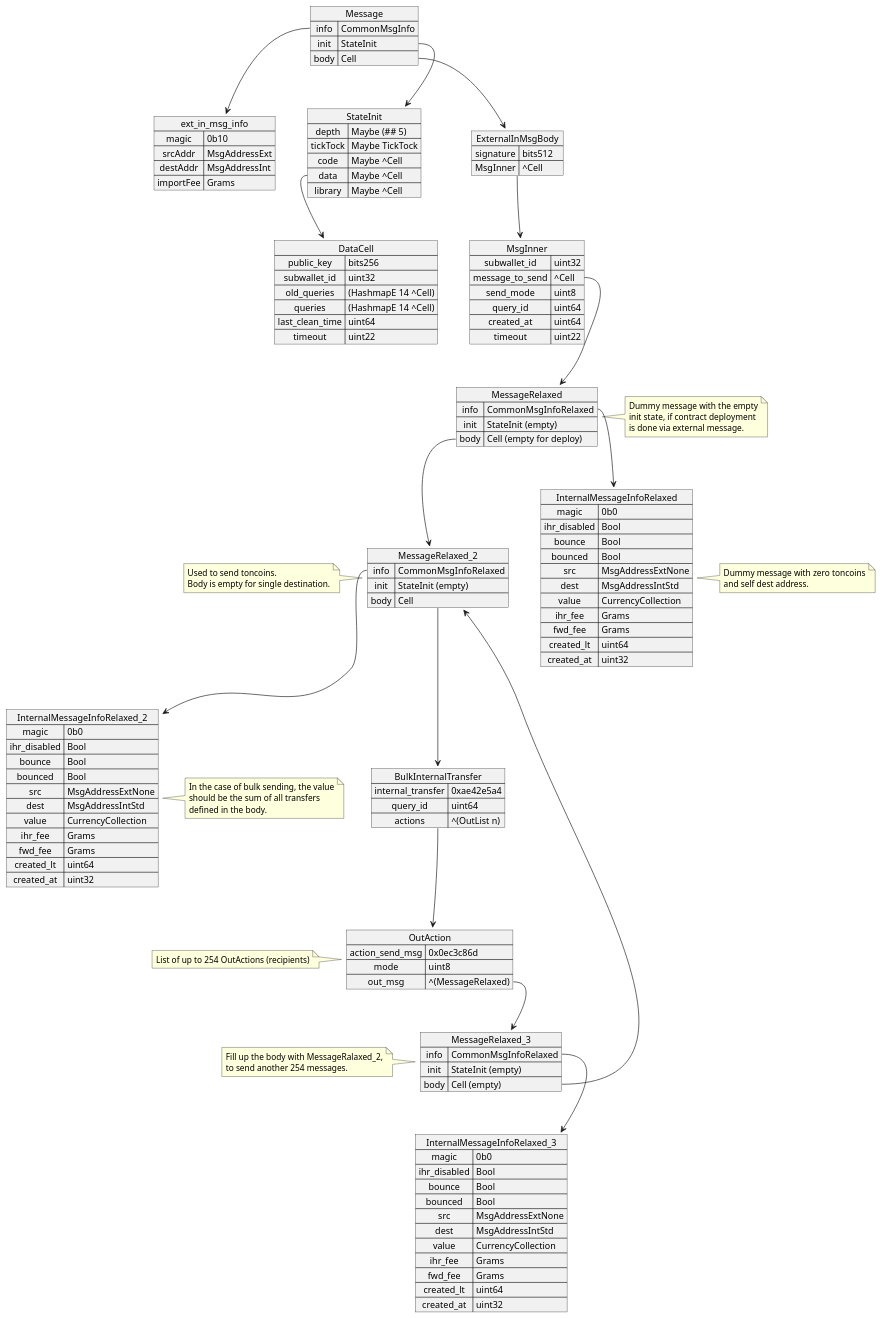
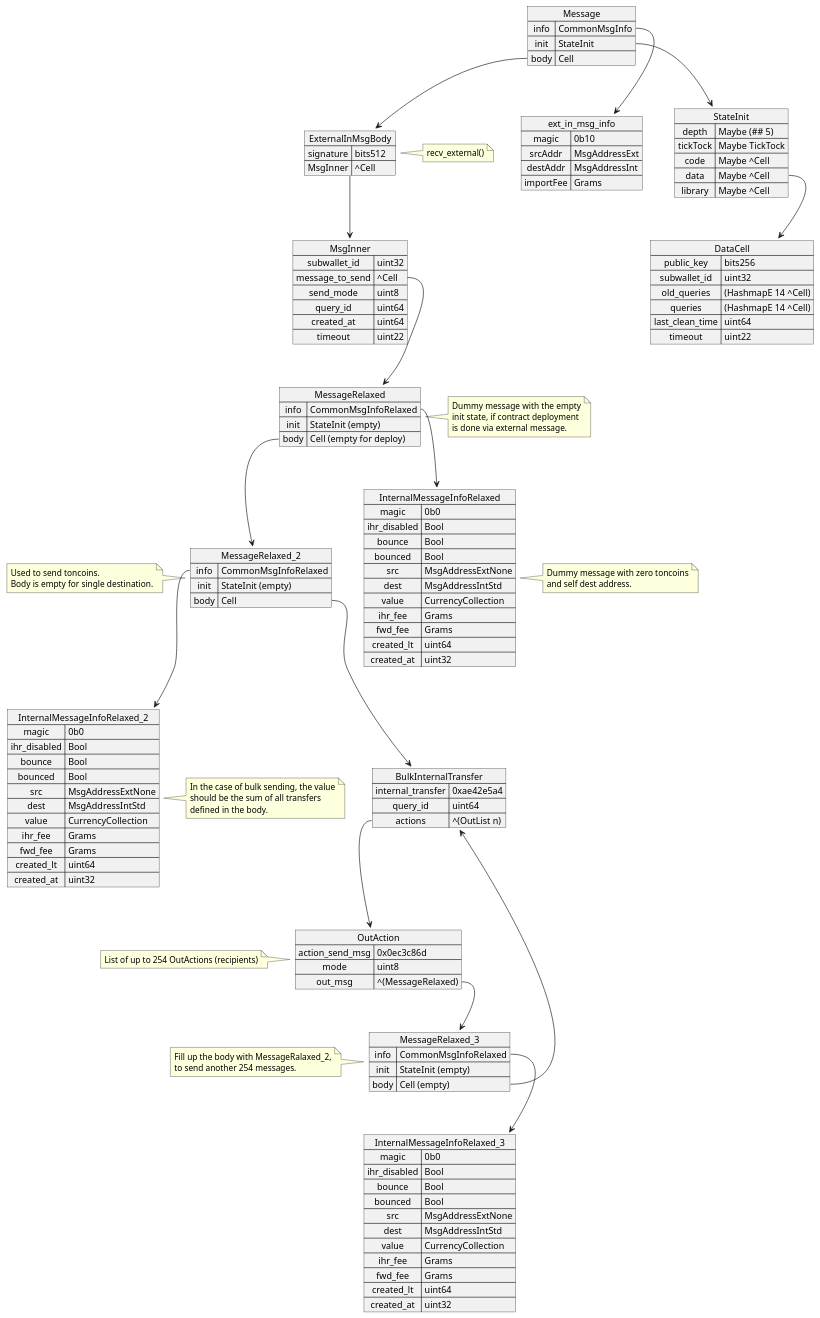
One commit to neodix42/ton4j changed the diagram in smartcontract/highload-v3.puml. Above: the diagram before and after it, drawn with PlantUML. The commit also changed 12 other files, not shown here.

```diff
--- a/smartcontract/highload-v3.puml
+++ b/smartcontract/highload-v3.puml
@@ -1,165 +1,169 @@
 @startuml
 map Message {
   info => CommonMsgInfo
   init => StateInit
   body => Cell
 }
 
-    map ext_in_msg_info {
-        magic => 0b10
-        srcAddr => MsgAddressExt
-        destAddr => MsgAddressInt
-        importFee => Grams
-    }
+map ext_in_msg_info {
+    magic => 0b10
+    srcAddr => MsgAddressExt
+    destAddr => MsgAddressInt
+    importFee => Grams
+}
 
 map StateInit {
    depth => Maybe (## 5)
    tickTock => Maybe TickTock
    code=>Maybe ^Cell
    data=>Maybe ^Cell
    library=>Maybe ^Cell
 }
 
 map DataCell {
    public_key => bits256
    subwallet_id => uint32
    old_queries => (HashmapE 14 ^Cell)
    queries => (HashmapE 14 ^Cell)
    last_clean_time => uint64
    timeout => uint22
 }
 
 map ExternalInMsgBody {
    signature => bits512
    MsgInner => ^Cell
 }
 
 map MsgInner {
  subwallet_id => uint32
  message_to_send => ^Cell
  send_mode => uint8
  query_id => uint64
  created_at => uint64
  timeout => uint22
 }
 
 map InternalMessageInfoRelaxed {
  magic => 0b0
  ihr_disabled => Bool
  bounce => Bool
  bounced => Bool
  src => MsgAddressExtNone
  dest => MsgAddressIntStd
  value => CurrencyCollection
  ihr_fee => Grams
  fwd_fee => Grams
  created_lt => uint64
  created_at => uint32
 }
 
 map MessageRelaxed {
   info => CommonMsgInfoRelaxed
   init => StateInit (empty)
   body => Cell (empty for deploy)
 }
 
 map MessageRelaxed_2 {
   info => CommonMsgInfoRelaxed
   init => StateInit (empty)
   body => Cell
 }
 
 map InternalMessageInfoRelaxed_2 {
  magic => 0b0
  ihr_disabled => Bool
  bounce => Bool
  bounced => Bool
  src => MsgAddressExtNone
  dest => MsgAddressIntStd
  value => CurrencyCollection
  ihr_fee => Grams
  fwd_fee => Grams
  created_lt => uint64
  created_at => uint32
 }
 
 map BulkInternalTransfer {
   internal_transfer => 0xae42e5a4
   query_id =>uint64
   actions  => ^(OutList n)
 }
 
 map OutAction {
   action_send_msg => 0x0ec3c86d
   mode => uint8
   out_msg => ^(MessageRelaxed)
 }
 
 map MessageRelaxed_3 {
   info => CommonMsgInfoRelaxed
   init => StateInit (empty)
   body => Cell (empty)
 }
 
 map InternalMessageInfoRelaxed_3 {
  magic => 0b0
  ihr_disabled => Bool
  bounce => Bool
  bounced => Bool
  src => MsgAddressExtNone
  dest => MsgAddressIntStd
  value => CurrencyCollection
  ihr_fee => Grams
  fwd_fee => Grams
  created_lt => uint64
  created_at => uint32
 }
 
 
 Message::info --> ext_in_msg_info
 Message::init --> StateInit
 StateInit::data --> DataCell
 Message::body --> ExternalInMsgBody
 ExternalInMsgBody::MsgInner --> MsgInner
 MsgInner::message_to_send  --> MessageRelaxed
 MessageRelaxed::info --> InternalMessageInfoRelaxed
 MessageRelaxed::body --> MessageRelaxed_2
 MessageRelaxed_2::info --> InternalMessageInfoRelaxed_2
 MessageRelaxed_2::body --> BulkInternalTransfer
 BulkInternalTransfer::actions --> OutAction
 OutAction::out_msg --> MessageRelaxed_3
 MessageRelaxed_3::info --> InternalMessageInfoRelaxed_3
-MessageRelaxed_3::body --> MessageRelaxed_2
+MessageRelaxed_3::body --> BulkInternalTransfer
+
+note right of ExternalInMsgBody
+  recv_external()
+end note
 
 note right of MessageRelaxed
   Dummy message with the empty
   init state, if contract deployment
   is done via external message.
 end note
 
 note right of InternalMessageInfoRelaxed
  Dummy message with zero toncoins
  and self dest address.
 end note
 
 note left of MessageRelaxed_2
   Used to send toncoins.
   Body is empty for single destination.
 end note
 
 note right of InternalMessageInfoRelaxed_2
   In the case of bulk sending, the value
   should be the sum of all transfers
   defined in the body.
 end note
 
 note left of OutAction
   List of up to 254 OutActions (recipients)
 end note
 
 note left of MessageRelaxed_3
   Fill up the body with MessageRalaxed_2,
   to send another 254 messages.
 end note
 
 @enduml
```
